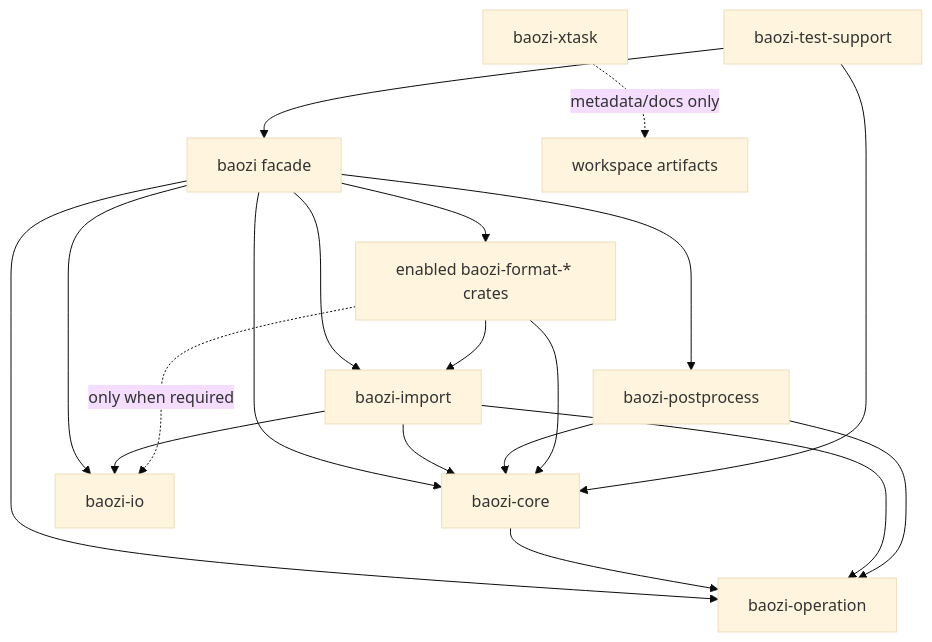
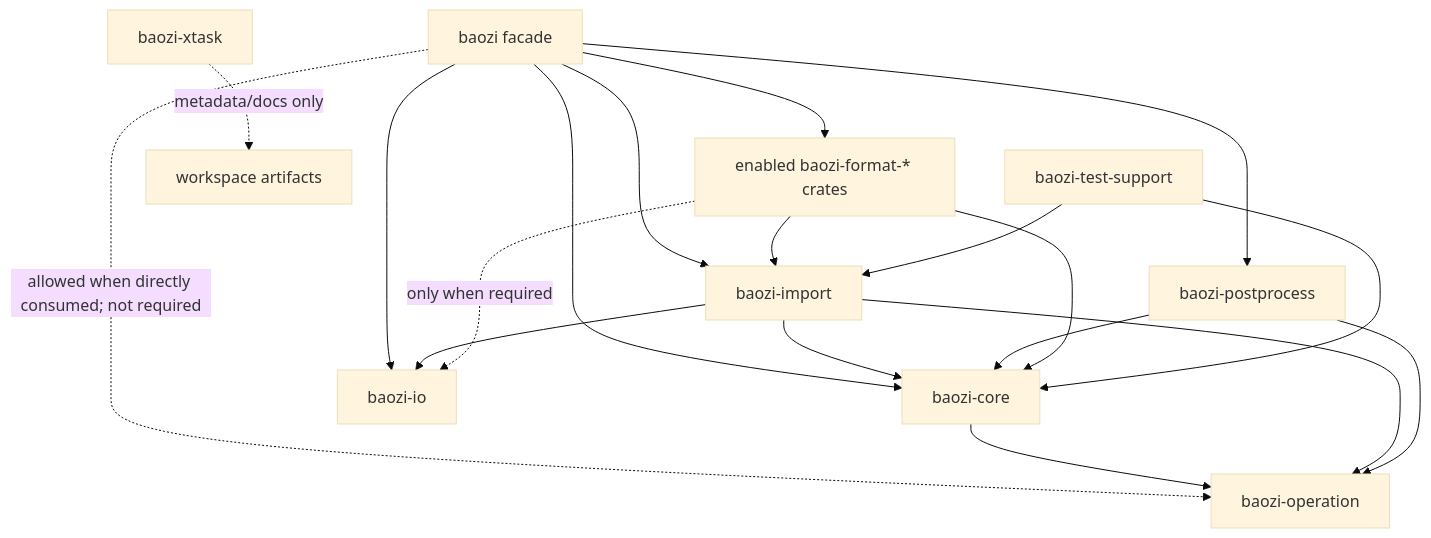
One commit to Latias94/baozi changed the diagram in docs/adr/0007-workspace-crate-graph-feature-flags-msrv-and-ci-gates.md. Above: the diagram before and after it, drawn with Mermaid (base theme). The commit also changed other lines of this file and 23 other files, not shown here.

First line of the commit message:
docs(architecture): align import governance and evidence

````diff
--- a/docs/adr/0007-workspace-crate-graph-feature-flags-msrv-and-ci-gates.md
+++ b/docs/adr/0007-workspace-crate-graph-feature-flags-msrv-and-ci-gates.md
@@ -55,21 +57,21 @@
 ```mermaid
 flowchart TD
     Facade[baozi facade] --> Core[baozi-core]
     Facade --> IO[baozi-io]
     Facade --> Import[baozi-import]
-    Facade --> Operation[baozi-operation]
+    Facade -. allowed when directly consumed; not required .-> Operation[baozi-operation]
     Facade --> Post[baozi-postprocess]
     Facade --> Formats[enabled baozi-format-* crates]
     Core --> Operation
     Import --> Core
     Import --> IO
     Import --> Operation
     Post --> Core
     Post --> Operation
     Formats --> Core
     Formats --> Import
     Formats -. only when required .-> IO
     Xtask[baozi-xtask] -. metadata/docs only .-> Workspace[workspace artifacts]
-    Test[baozi-test-support] --> Facade
-    Test --> Core
+    Test[baozi-test-support] --> Core
+    Test --> Import
 ```
````
